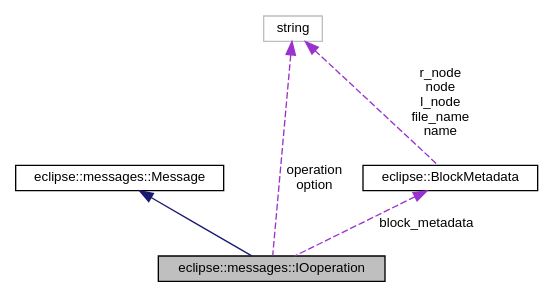
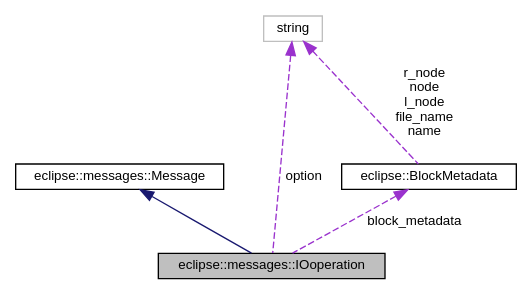
Before and after one commit to DICL/VeloxDFS: the diagram in structeclipse_1_1messages_1_1IOoperation__coll__graph.dot, drawn with Graphviz. The commit also changed 276 other files, not shown here.

```diff
--- a/structeclipse_1_1messages_1_1IOoperation__coll__graph.dot
+++ b/structeclipse_1_1messages_1_1IOoperation__coll__graph.dot
@@ -1,13 +1,13 @@
 digraph G
 {
   edge [fontname="Helvetica",fontsize="10",labelfontname="Helvetica",labelfontsize="10"];
   node [fontname="Helvetica",fontsize="10",shape=record];
   Node1 [label="eclipse::messages::IOoperation",height=0.2,width=0.4,color="black", fillcolor="grey75", style="filled" fontcolor="black"];
   Node2 -> Node1 [dir="back",color="midnightblue",fontsize="10",style="solid",fontname="Helvetica"];
   Node2 [label="eclipse::messages::Message",height=0.2,width=0.4,color="black", fillcolor="white", style="filled",URL="$structeclipse_1_1messages_1_1Message.html"];
   Node3 -> Node1 [dir="back",color="darkorchid3",fontsize="10",style="dashed",label=" block_metadata" ,fontname="Helvetica"];
   Node3 [label="eclipse::BlockMetadata",height=0.2,width=0.4,color="black", fillcolor="white", style="filled",URL="$structeclipse_1_1BlockMetadata.html"];
   Node4 -> Node3 [dir="back",color="darkorchid3",fontsize="10",style="dashed",label=" r_node\nnode\nl_node\nfile_name\nname" ,fontname="Helvetica"];
   Node4 [label="string",height=0.2,width=0.4,color="grey75", fillcolor="white", style="filled"];
-  Node4 -> Node1 [dir="back",color="darkorchid3",fontsize="10",style="dashed",label=" operation\noption" ,fontname="Helvetica"];
+  Node4 -> Node1 [dir="back",color="darkorchid3",fontsize="10",style="dashed",label=" option" ,fontname="Helvetica"];
 }
```
